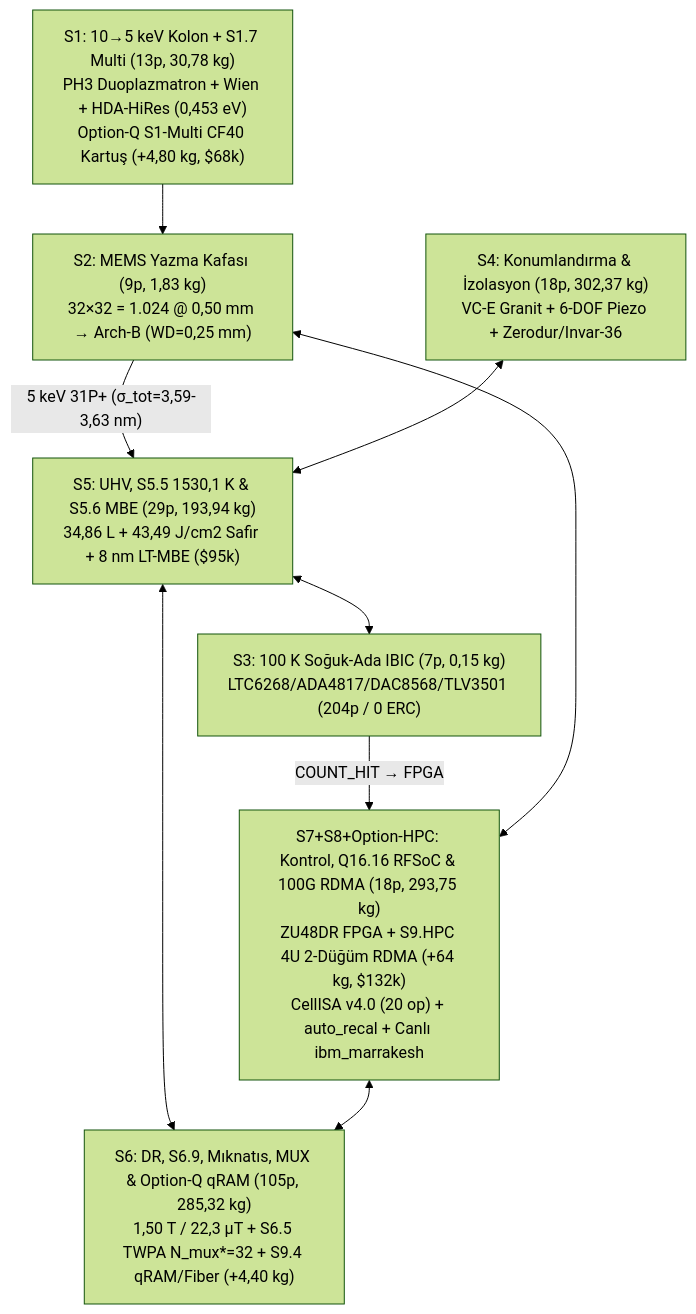
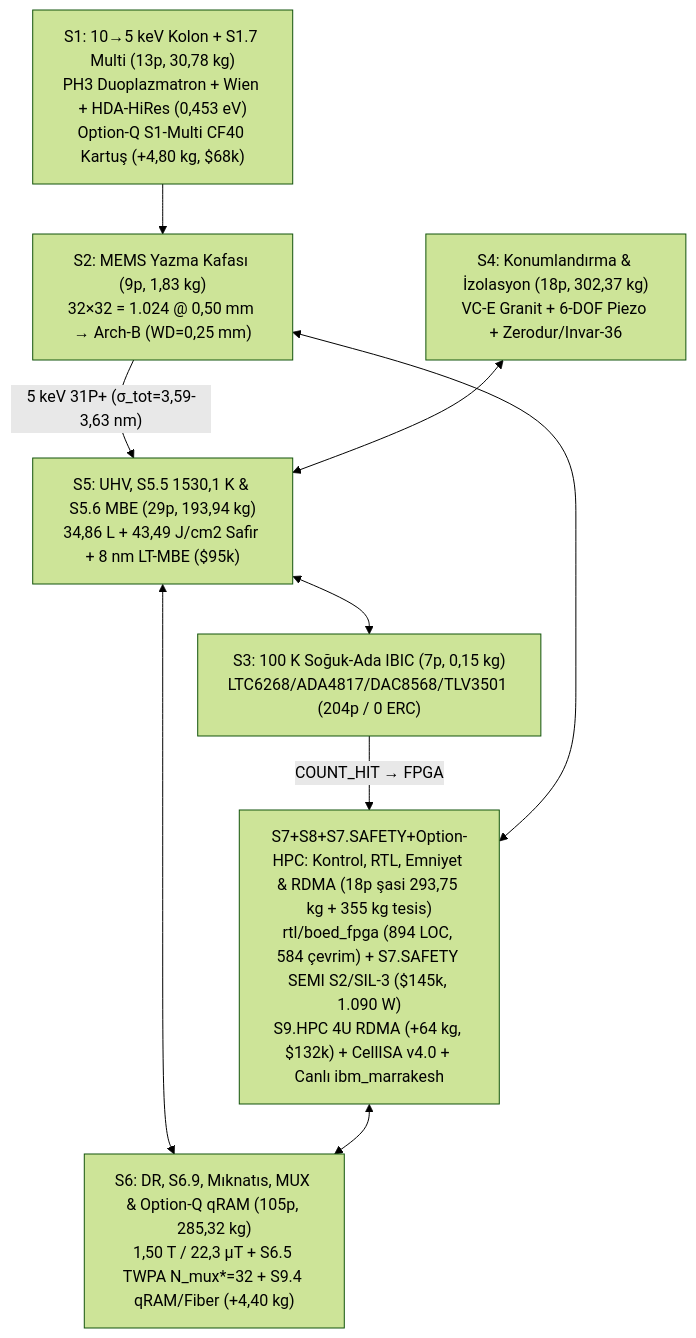
Before and after one commit to berkmec/Atom-Lithography: the second of 3 diagrams in README.md, drawn with Mermaid (forest theme). The commit also changed other lines of this file and 89 other files, not shown here.

````diff
--- a/README.md
+++ b/README.md
@@ -57,19 +60,19 @@
 ```mermaid
 flowchart TD
     S1["S1: 10→5 keV Kolon + S1.7 Multi (13p, 30,78 kg)<br/>PH3 Duoplazmatron + Wien + HDA-HiRes (0,453 eV)<br/>Option-Q S1-Multi CF40 Kartuş (+4,80 kg, $68k)"]
     S2["S2: MEMS Yazma Kafası (9p, 1,83 kg)<br/>32×32 = 1.024 @ 0,50 mm → Arch-B (WD=0,25 mm)"]
     S3["S3: 100 K Soğuk-Ada IBIC (7p, 0,15 kg)<br/>LTC6268/ADA4817/DAC8568/TLV3501 (204p / 0 ERC)"]
     S4["S4: Konumlandırma & İzolasyon (18p, 302,37 kg)<br/>VC-E Granit + 6-DOF Piezo + Zerodur/Invar-36"]
     S5["S5: UHV, S5.5 1530,1 K & S5.6 MBE (29p, 193,94 kg)<br/>34,86 L + 43,49 J/cm2 Safir + 8 nm LT-MBE ($95k)"]
     S6["S6: DR, S6.9, Mıknatıs, MUX & Option-Q qRAM (105p, 285,32 kg)<br/>1,50 T / 22,3 µT + S6.5 TWPA N_mux*=32 + S9.4 qRAM/Fiber (+4,40 kg)"]
-    S7["S7+S8+Option-HPC: Kontrol, Q16.16 RFSoC & 100G RDMA (18p, 293,75 kg)<br/>ZU48DR FPGA + S9.HPC 4U 2-Düğüm RDMA (+64 kg, $132k)<br/>CellISA v4.0 (20 op) + auto_recal + Canlı ibm_marrakesh"]
+    S7["S7+S8+S7.SAFETY+Option-HPC: Kontrol, RTL, Emniyet & RDMA (18p şasi 293,75 kg + 355 kg tesis)<br/>rtl/boed_fpga (894 LOC, 584 çevrim) + S7.SAFETY SEMI S2/SIL-3 ($145k, 1.090 W)<br/>S9.HPC 4U RDMA (+64 kg, $132k) + CellISA v4.0 + Canlı ibm_marrakesh"]
 
     S1 --> S2
     S2 -->|"5 keV 31P+ (σ_tot=3,59-3,63 nm)"| S5
     S3 -->|"COUNT_HIT → FPGA"| S7
     S5 <--> S3
     S4 <--> S5
     S5 <--> S6
     S7 <--> S2
     S7 <--> S6
 ```
````
